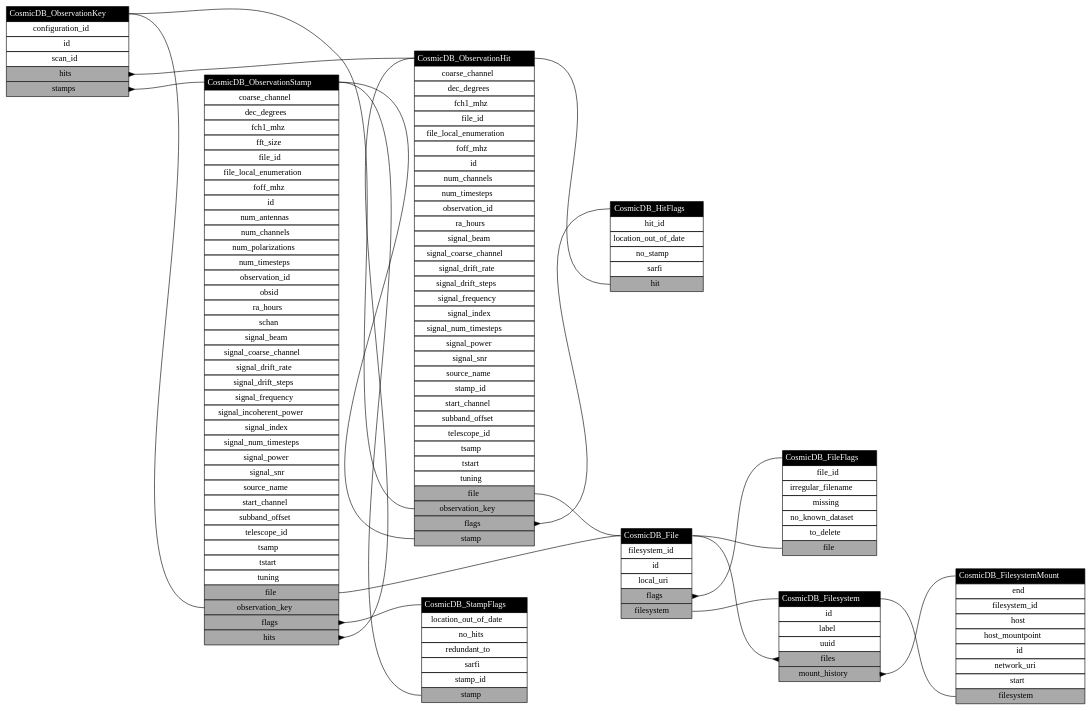
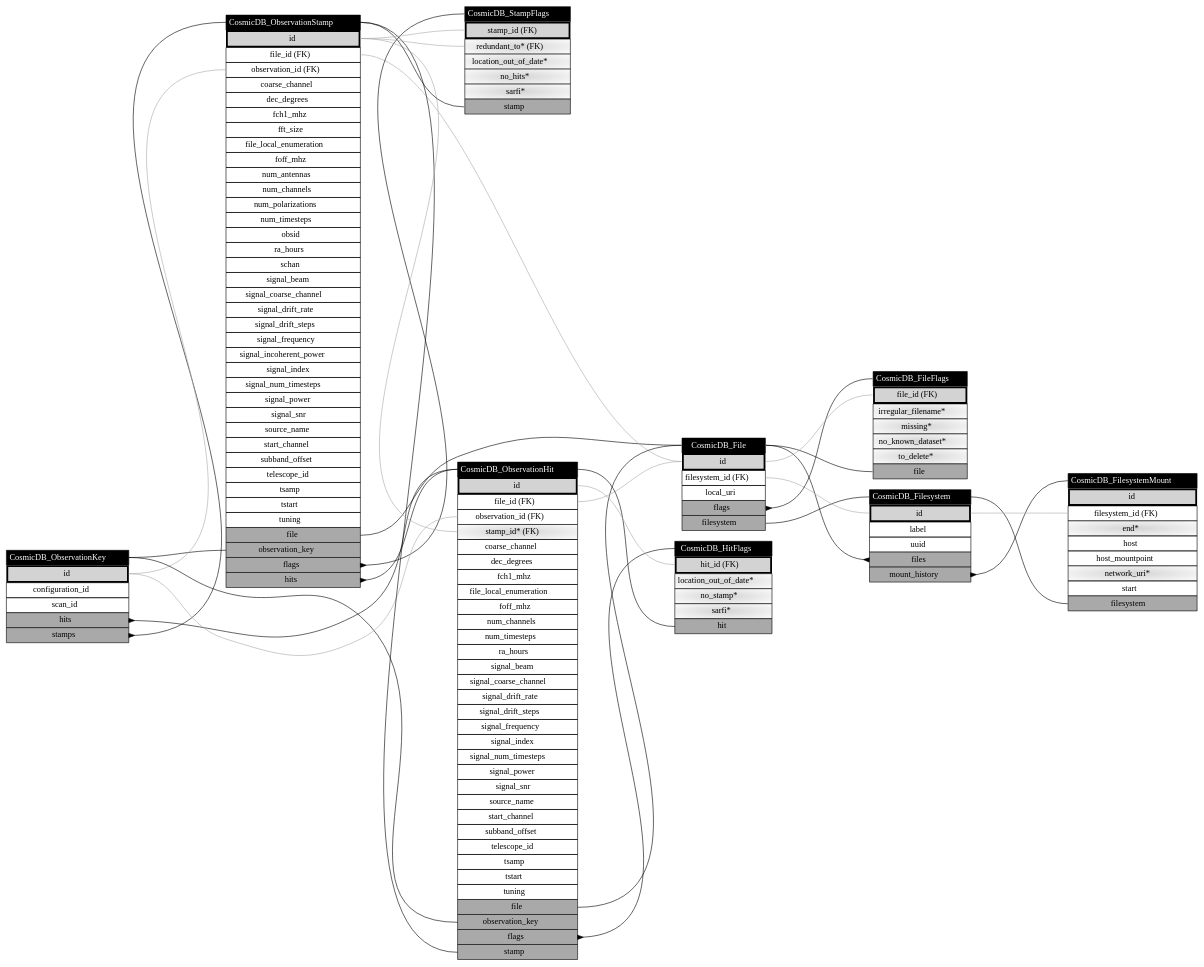
Before and after one commit to COSMIC-SETI/COSMIC-VLA-Database: the diagram in docs/classes_Storage.dot, drawn with Graphviz. The commit also changed 9 other files, not shown here.

Commit message:
++ docs PK and FK revamp, Stamp/Hit non-nullable file_id

```diff
--- a/docs/classes_Storage.dot
+++ b/docs/classes_Storage.dot
@@ -1,86 +1,86 @@
 digraph CosmicDB_Storage {
 layout=dot;
 rankdir=LR;
-ranksep="1.75";
+ranksep="2.25";
 CosmicDB_ObservationKey [label=<<table border="0" cellborder="1" cellspacing="0" cellpadding="4">
 	<tr><td bgcolor="black" port="class"><font color="white">CosmicDB_ObservationKey</font></td></tr>
-	<tr><td>configuration_id</td></tr>
-	<tr><td>id</td></tr>
-	<tr><td>scan_id</td></tr>
+	<tr><td port="pk" bgcolor="lightgrey" border="3">id</td></tr>
+	<tr><td port="configuration_id">configuration_id</td></tr>
+	<tr><td port="scan_id">scan_id</td></tr>
 	<tr><td bgcolor="darkgrey" port="hits">hits</td></tr>
 	<tr><td bgcolor="darkgrey" port="stamps">stamps</td></tr>
 </table>>, shape=plain];
 CosmicDB_Filesystem [label=<<table border="0" cellborder="1" cellspacing="0" cellpadding="4">
 	<tr><td bgcolor="black" port="class"><font color="white">CosmicDB_Filesystem</font></td></tr>
-	<tr><td>id</td></tr>
-	<tr><td>label</td></tr>
-	<tr><td>uuid</td></tr>
+	<tr><td port="pk" bgcolor="lightgrey" border="3">id</td></tr>
+	<tr><td port="label">label</td></tr>
+	<tr><td port="uuid">uuid</td></tr>
 	<tr><td bgcolor="darkgrey" port="files">files</td></tr>
 	<tr><td bgcolor="darkgrey" port="mount_history">mount_history</td></tr>
 </table>>, shape=plain];
 CosmicDB_FilesystemMount [label=<<table border="0" cellborder="1" cellspacing="0" cellpadding="4">
 	<tr><td bgcolor="black" port="class"><font color="white">CosmicDB_FilesystemMount</font></td></tr>
-	<tr><td>end</td></tr>
-	<tr><td>filesystem_id</td></tr>
-	<tr><td>host</td></tr>
-	<tr><td>host_mountpoint</td></tr>
-	<tr><td>id</td></tr>
-	<tr><td>network_uri</td></tr>
-	<tr><td>start</td></tr>
+	<tr><td port="pk" bgcolor="lightgrey" border="3">id</td></tr>
+	<tr><td port="filesystem_id">filesystem_id (FK)</td></tr>
+	<tr><td port="end" bgcolor="lightgrey:white" style="radial">end*</td></tr>
+	<tr><td port="host">host</td></tr>
+	<tr><td port="host_mountpoint">host_mountpoint</td></tr>
+	<tr><td port="network_uri" bgcolor="lightgrey:white" style="radial">network_uri*</td></tr>
+	<tr><td port="start">start</td></tr>
 	<tr><td bgcolor="darkgrey" port="filesystem">filesystem</td></tr>
 </table>>, shape=plain];
 CosmicDB_File [label=<<table border="0" cellborder="1" cellspacing="0" cellpadding="4">
 	<tr><td bgcolor="black" port="class"><font color="white">CosmicDB_File</font></td></tr>
-	<tr><td>filesystem_id</td></tr>
-	<tr><td>id</td></tr>
-	<tr><td>local_uri</td></tr>
+	<tr><td port="pk" bgcolor="lightgrey" border="3">id</td></tr>
+	<tr><td port="filesystem_id">filesystem_id (FK)</td></tr>
+	<tr><td port="local_uri">local_uri</td></tr>
 	<tr><td bgcolor="darkgrey" port="flags">flags</td></tr>
 	<tr><td bgcolor="darkgrey" port="filesystem">filesystem</td></tr>
 </table>>, shape=plain];
 CosmicDB_FileFlags [label=<<table border="0" cellborder="1" cellspacing="0" cellpadding="4">
 	<tr><td bgcolor="black" port="class"><font color="white">CosmicDB_FileFlags</font></td></tr>
-	<tr><td>file_id</td></tr>
-	<tr><td>irregular_filename</td></tr>
-	<tr><td>missing</td></tr>
-	<tr><td>no_known_dataset</td></tr>
-	<tr><td>to_delete</td></tr>
+	<tr><td port="pk" bgcolor="lightgrey" border="3">file_id (FK)</td></tr>
+	<tr><td port="irregular_filename" bgcolor="lightgrey:white" style="radial">irregular_filename*</td></tr>
+	<tr><td port="missing" bgcolor="lightgrey:white" style="radial">missing*</td></tr>
+	<tr><td port="no_known_dataset" bgcolor="lightgrey:white" style="radial">no_known_dataset*</td></tr>
+	<tr><td port="to_delete" bgcolor="lightgrey:white" style="radial">to_delete*</td></tr>
 	<tr><td bgcolor="darkgrey" port="file">file</td></tr>
 </table>>, shape=plain];
 CosmicDB_ObservationStamp [label=<<table border="0" cellborder="1" cellspacing="0" cellpadding="4">
 	<tr><td bgcolor="black" port="class"><font color="white">CosmicDB_ObservationStamp</font></td></tr>
-	<tr><td>coarse_channel</td></tr>
-	<tr><td>dec_degrees</td></tr>
-	<tr><td>fch1_mhz</td></tr>
-	<tr><td>fft_size</td></tr>
-	<tr><td>file_id</td></tr>
-	<tr><td>file_local_enumeration</td></tr>
-	<tr><td>foff_mhz</td></tr>
-	<tr><td>id</td></tr>
-	<tr><td>num_antennas</td></tr>
-	<tr><td>num_channels</td></tr>
-	<tr><td>num_polarizations</td></tr>
-	<tr><td>num_timesteps</td></tr>
-	<tr><td>observation_id</td></tr>
-	<tr><td>obsid</td></tr>
-	<tr><td>ra_hours</td></tr>
-	<tr><td>schan</td></tr>
-	<tr><td>signal_beam</td></tr>
-	<tr><td>signal_coarse_channel</td></tr>
-	<tr><td>signal_drift_rate</td></tr>
-	<tr><td>signal_drift_steps</td></tr>
-	<tr><td>signal_frequency</td></tr>
-	<tr><td>signal_incoherent_power</td></tr>
-	<tr><td>signal_index</td></tr>
-	<tr><td>signal_num_timesteps</td></tr>
-	<tr><td>signal_power</td></tr>
-	<tr><td>signal_snr</td></tr>
-	<tr><td>source_name</td></tr>
-	<tr><td>start_channel</td></tr>
-	<tr><td>subband_offset</td></tr>
-	<tr><td>telescope_id</td></tr>
-	<tr><td>tsamp</td></tr>
-	<tr><td>tstart</td></tr>
-	<tr><td>tuning</td></tr>
+	<tr><td port="pk" bgcolor="lightgrey" border="3">id</td></tr>
+	<tr><td port="file_id">file_id (FK)</td></tr>
+	<tr><td port="observation_id">observation_id (FK)</td></tr>
+	<tr><td port="coarse_channel">coarse_channel</td></tr>
+	<tr><td port="dec_degrees">dec_degrees</td></tr>
+	<tr><td port="fch1_mhz">fch1_mhz</td></tr>
+	<tr><td port="fft_size">fft_size</td></tr>
+	<tr><td port="file_local_enumeration">file_local_enumeration</td></tr>
+	<tr><td port="foff_mhz">foff_mhz</td></tr>
+	<tr><td port="num_antennas">num_antennas</td></tr>
+	<tr><td port="num_channels">num_channels</td></tr>
+	<tr><td port="num_polarizations">num_polarizations</td></tr>
+	<tr><td port="num_timesteps">num_timesteps</td></tr>
+	<tr><td port="obsid">obsid</td></tr>
+	<tr><td port="ra_hours">ra_hours</td></tr>
+	<tr><td port="schan">schan</td></tr>
+	<tr><td port="signal_beam">signal_beam</td></tr>
+	<tr><td port="signal_coarse_channel">signal_coarse_channel</td></tr>
+	<tr><td port="signal_drift_rate">signal_drift_rate</td></tr>
+	<tr><td port="signal_drift_steps">signal_drift_steps</td></tr>
+	<tr><td port="signal_frequency">signal_frequency</td></tr>
+	<tr><td port="signal_incoherent_power">signal_incoherent_power</td></tr>
+	<tr><td port="signal_index">signal_index</td></tr>
+	<tr><td port="signal_num_timesteps">signal_num_timesteps</td></tr>
+	<tr><td port="signal_power">signal_power</td></tr>
+	<tr><td port="signal_snr">signal_snr</td></tr>
+	<tr><td port="source_name">source_name</td></tr>
+	<tr><td port="start_channel">start_channel</td></tr>
+	<tr><td port="subband_offset">subband_offset</td></tr>
+	<tr><td port="telescope_id">telescope_id</td></tr>
+	<tr><td port="tsamp">tsamp</td></tr>
+	<tr><td port="tstart">tstart</td></tr>
+	<tr><td port="tuning">tuning</td></tr>
 	<tr><td bgcolor="darkgrey" port="file">file</td></tr>
 	<tr><td bgcolor="darkgrey" port="observation_key">observation_key</td></tr>
 	<tr><td bgcolor="darkgrey" port="flags">flags</td></tr>
@@ -88,34 +88,34 @@
 </table>>, shape=plain];
 CosmicDB_ObservationHit [label=<<table border="0" cellborder="1" cellspacing="0" cellpadding="4">
 	<tr><td bgcolor="black" port="class"><font color="white">CosmicDB_ObservationHit</font></td></tr>
-	<tr><td>coarse_channel</td></tr>
-	<tr><td>dec_degrees</td></tr>
-	<tr><td>fch1_mhz</td></tr>
-	<tr><td>file_id</td></tr>
-	<tr><td>file_local_enumeration</td></tr>
-	<tr><td>foff_mhz</td></tr>
-	<tr><td>id</td></tr>
-	<tr><td>num_channels</td></tr>
-	<tr><td>num_timesteps</td></tr>
-	<tr><td>observation_id</td></tr>
-	<tr><td>ra_hours</td></tr>
-	<tr><td>signal_beam</td></tr>
-	<tr><td>signal_coarse_channel</td></tr>
-	<tr><td>signal_drift_rate</td></tr>
-	<tr><td>signal_drift_steps</td></tr>
-	<tr><td>signal_frequency</td></tr>
-	<tr><td>signal_index</td></tr>
-	<tr><td>signal_num_timesteps</td></tr>
-	<tr><td>signal_power</td></tr>
-	<tr><td>signal_snr</td></tr>
-	<tr><td>source_name</td></tr>
-	<tr><td>stamp_id</td></tr>
-	<tr><td>start_channel</td></tr>
-	<tr><td>subband_offset</td></tr>
-	<tr><td>telescope_id</td></tr>
-	<tr><td>tsamp</td></tr>
-	<tr><td>tstart</td></tr>
-	<tr><td>tuning</td></tr>
+	<tr><td port="pk" bgcolor="lightgrey" border="3">id</td></tr>
+	<tr><td port="file_id">file_id (FK)</td></tr>
+	<tr><td port="observation_id">observation_id (FK)</td></tr>
+	<tr><td port="stamp_id" bgcolor="lightgrey:white" style="radial">stamp_id* (FK)</td></tr>
+	<tr><td port="coarse_channel">coarse_channel</td></tr>
+	<tr><td port="dec_degrees">dec_degrees</td></tr>
+	<tr><td port="fch1_mhz">fch1_mhz</td></tr>
+	<tr><td port="file_local_enumeration">file_local_enumeration</td></tr>
+	<tr><td port="foff_mhz">foff_mhz</td></tr>
+	<tr><td port="num_channels">num_channels</td></tr>
+	<tr><td port="num_timesteps">num_timesteps</td></tr>
+	<tr><td port="ra_hours">ra_hours</td></tr>
+	<tr><td port="signal_beam">signal_beam</td></tr>
+	<tr><td port="signal_coarse_channel">signal_coarse_channel</td></tr>
+	<tr><td port="signal_drift_rate">signal_drift_rate</td></tr>
+	<tr><td port="signal_drift_steps">signal_drift_steps</td></tr>
+	<tr><td port="signal_frequency">signal_frequency</td></tr>
+	<tr><td port="signal_index">signal_index</td></tr>
+	<tr><td port="signal_num_timesteps">signal_num_timesteps</td></tr>
+	<tr><td port="signal_power">signal_power</td></tr>
+	<tr><td port="signal_snr">signal_snr</td></tr>
+	<tr><td port="source_name">source_name</td></tr>
+	<tr><td port="start_channel">start_channel</td></tr>
+	<tr><td port="subband_offset">subband_offset</td></tr>
+	<tr><td port="telescope_id">telescope_id</td></tr>
+	<tr><td port="tsamp">tsamp</td></tr>
+	<tr><td port="tstart">tstart</td></tr>
+	<tr><td port="tuning">tuning</td></tr>
 	<tr><td bgcolor="darkgrey" port="file">file</td></tr>
 	<tr><td bgcolor="darkgrey" port="observation_key">observation_key</td></tr>
 	<tr><td bgcolor="darkgrey" port="flags">flags</td></tr>
@@ -123,37 +123,48 @@
 </table>>, shape=plain];
 CosmicDB_HitFlags [label=<<table border="0" cellborder="1" cellspacing="0" cellpadding="4">
 	<tr><td bgcolor="black" port="class"><font color="white">CosmicDB_HitFlags</font></td></tr>
-	<tr><td>hit_id</td></tr>
-	<tr><td>location_out_of_date</td></tr>
-	<tr><td>no_stamp</td></tr>
-	<tr><td>sarfi</td></tr>
+	<tr><td port="pk" bgcolor="lightgrey" border="3">hit_id (FK)</td></tr>
+	<tr><td port="location_out_of_date" bgcolor="lightgrey:white" style="radial">location_out_of_date*</td></tr>
+	<tr><td port="no_stamp" bgcolor="lightgrey:white" style="radial">no_stamp*</td></tr>
+	<tr><td port="sarfi" bgcolor="lightgrey:white" style="radial">sarfi*</td></tr>
 	<tr><td bgcolor="darkgrey" port="hit">hit</td></tr>
 </table>>, shape=plain];
 CosmicDB_StampFlags [label=<<table border="0" cellborder="1" cellspacing="0" cellpadding="4">
 	<tr><td bgcolor="black" port="class"><font color="white">CosmicDB_StampFlags</font></td></tr>
-	<tr><td>location_out_of_date</td></tr>
-	<tr><td>no_hits</td></tr>
-	<tr><td>redundant_to</td></tr>
-	<tr><td>sarfi</td></tr>
-	<tr><td>stamp_id</td></tr>
+	<tr><td port="pk" bgcolor="lightgrey" border="3">stamp_id (FK)</td></tr>
+	<tr><td port="redundant_to" bgcolor="lightgrey:white" style="radial">redundant_to* (FK)</td></tr>
+	<tr><td port="location_out_of_date" bgcolor="lightgrey:white" style="radial">location_out_of_date*</td></tr>
+	<tr><td port="no_hits" bgcolor="lightgrey:white" style="radial">no_hits*</td></tr>
+	<tr><td port="sarfi" bgcolor="lightgrey:white" style="radial">sarfi*</td></tr>
 	<tr><td bgcolor="darkgrey" port="stamp">stamp</td></tr>
 </table>>, shape=plain];
-CosmicDB_ObservationKey:hits -> CosmicDB_ObservationHit:class  [arrowhead=none, arrowtail=inv, dir=both];
-CosmicDB_ObservationKey:stamps -> CosmicDB_ObservationStamp:class  [arrowhead=none, arrowtail=inv, dir=both];
-CosmicDB_Filesystem:files -> CosmicDB_File:class  [arrowhead=none, arrowtail=inv, dir=both];
-CosmicDB_Filesystem:mount_history -> CosmicDB_FilesystemMount:class  [arrowhead=none, arrowtail=inv, dir=both];
-CosmicDB_FilesystemMount:filesystem -> CosmicDB_Filesystem:class  [arrowhead=none, arrowtail=none, dir=both];
-CosmicDB_File:flags -> CosmicDB_FileFlags:class  [arrowhead=none, arrowtail=inv, dir=both];
-CosmicDB_File:filesystem -> CosmicDB_Filesystem:class  [arrowhead=none, arrowtail=none, dir=both];
-CosmicDB_FileFlags:file -> CosmicDB_File:class  [arrowhead=none, arrowtail=none, dir=both];
-CosmicDB_ObservationStamp:file -> CosmicDB_File:class  [arrowhead=none, arrowtail=none, dir=both];
-CosmicDB_ObservationStamp:observation_key -> CosmicDB_ObservationKey:class  [arrowhead=none, arrowtail=none, dir=both];
-CosmicDB_ObservationStamp:flags -> CosmicDB_StampFlags:class  [arrowhead=none, arrowtail=inv, dir=both];
-CosmicDB_ObservationStamp:hits -> CosmicDB_ObservationHit:class  [arrowhead=none, arrowtail=inv, dir=both];
-CosmicDB_ObservationHit:file -> CosmicDB_File:class  [arrowhead=none, arrowtail=none, dir=both];
-CosmicDB_ObservationHit:observation_key -> CosmicDB_ObservationKey:class  [arrowhead=none, arrowtail=none, dir=both];
-CosmicDB_ObservationHit:flags -> CosmicDB_HitFlags:class  [arrowhead=none, arrowtail=inv, dir=both];
-CosmicDB_ObservationHit:stamp -> CosmicDB_ObservationStamp:class  [arrowhead=none, arrowtail=none, dir=both];
-CosmicDB_HitFlags:hit -> CosmicDB_ObservationHit:class  [arrowhead=none, arrowtail=none, dir=both];
-CosmicDB_StampFlags:stamp -> CosmicDB_ObservationStamp:class  [arrowhead=none, arrowtail=none, dir=both];
+CosmicDB_ObservationKey:hits -> CosmicDB_ObservationHit:class  [arrowtail=inv, dir=back];
+CosmicDB_ObservationKey:stamps -> CosmicDB_ObservationStamp:class  [arrowtail=inv, dir=back];
+CosmicDB_Filesystem:files -> CosmicDB_File:class  [arrowtail=inv, dir=back];
+CosmicDB_Filesystem:mount_history -> CosmicDB_FilesystemMount:class  [arrowtail=inv, dir=back];
+CosmicDB_FilesystemMount:filesystem -> CosmicDB_Filesystem:class  [arrowtail=none, dir=back];
+CosmicDB_File:flags -> CosmicDB_FileFlags:class  [arrowtail=inv, dir=back];
+CosmicDB_File:filesystem -> CosmicDB_Filesystem:class  [arrowtail=none, dir=back];
+CosmicDB_FileFlags:file -> CosmicDB_File:class  [arrowtail=none, dir=back];
+CosmicDB_ObservationStamp:file -> CosmicDB_File:class  [arrowtail=none, dir=back];
+CosmicDB_ObservationStamp:observation_key -> CosmicDB_ObservationKey:class  [arrowtail=none, dir=back];
+CosmicDB_ObservationStamp:flags -> CosmicDB_StampFlags:class  [arrowtail=inv, dir=back];
+CosmicDB_ObservationStamp:hits -> CosmicDB_ObservationHit:class  [arrowtail=inv, dir=back];
+CosmicDB_ObservationHit:file -> CosmicDB_File:class  [arrowtail=none, dir=back];
+CosmicDB_ObservationHit:observation_key -> CosmicDB_ObservationKey:class  [arrowtail=none, dir=back];
+CosmicDB_ObservationHit:flags -> CosmicDB_HitFlags:class  [arrowtail=inv, dir=back];
+CosmicDB_ObservationHit:stamp -> CosmicDB_ObservationStamp:class  [arrowtail=none, dir=back];
+CosmicDB_HitFlags:hit -> CosmicDB_ObservationHit:class  [arrowtail=none, dir=back];
+CosmicDB_StampFlags:stamp -> CosmicDB_ObservationStamp:class  [arrowtail=none, dir=back];
+CosmicDB_FilesystemMount:filesystem_id -> CosmicDB_Filesystem:pk  [arrowtail=none, color=darkgrey, dir=back];
+CosmicDB_File:filesystem_id -> CosmicDB_Filesystem:pk  [arrowtail=none, color=darkgrey, dir=back];
+CosmicDB_FileFlags:pk -> CosmicDB_File:pk  [arrowtail=none, color=darkgrey, dir=back];
+CosmicDB_ObservationStamp:file_id -> CosmicDB_File:pk  [arrowtail=none, color=darkgrey, dir=back];
+CosmicDB_ObservationStamp:observation_id -> CosmicDB_ObservationKey:pk  [arrowtail=none, color=darkgrey, dir=back];
+CosmicDB_ObservationHit:file_id -> CosmicDB_File:pk  [arrowtail=none, color=darkgrey, dir=back];
+CosmicDB_ObservationHit:observation_id -> CosmicDB_ObservationKey:pk  [arrowtail=none, color=darkgrey, dir=back];
+CosmicDB_ObservationHit:stamp_id -> CosmicDB_ObservationStamp:pk  [arrowtail=none, color=darkgrey, dir=back];
+CosmicDB_HitFlags:pk -> CosmicDB_ObservationHit:pk  [arrowtail=none, color=darkgrey, dir=back];
+CosmicDB_StampFlags:redundant_to -> CosmicDB_ObservationStamp:pk  [arrowtail=none, color=darkgrey, dir=back];
+CosmicDB_StampFlags:pk -> CosmicDB_ObservationStamp:pk  [arrowtail=none, color=darkgrey, dir=back];
 }
```
